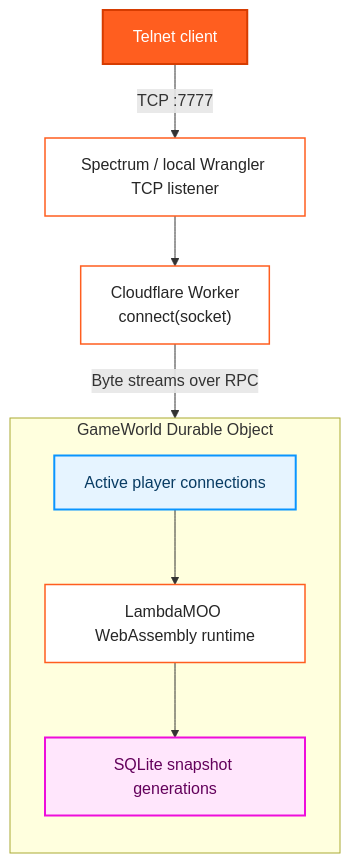
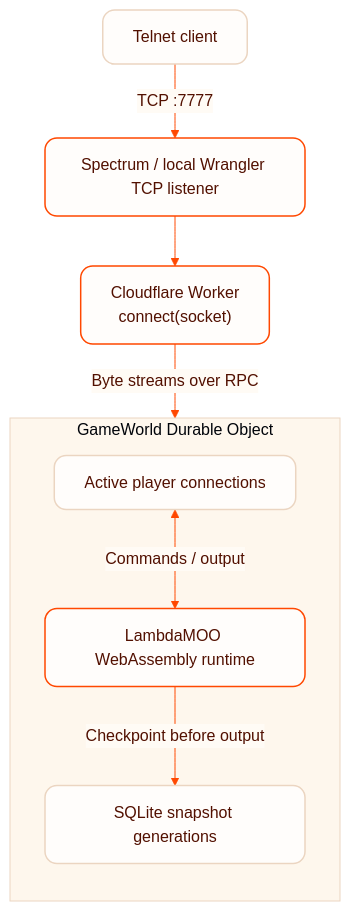
One commit to celso/durable-moo changed the diagram in docs/architecture.mmd. Above: the diagram before and after it, drawn with Mermaid. The commit also changed 3 other files, not shown here.

```diff
--- a/docs/architecture.mmd
+++ b/docs/architecture.mmd
@@ -1,24 +1,26 @@
+%% Semantic companion to architecture.svg, the Cloudflare-styled README diagram.
+%%{init: {"theme": "base", "themeVariables": {"background": "#FFFBF5", "primaryColor": "#FFFDFB", "primaryTextColor": "#521000", "primaryBorderColor": "#EBD5C1", "lineColor": "#FF4801", "secondaryColor": "#FEF7ED", "tertiaryColor": "#FFFBF5", "clusterBkg": "#FEF7ED", "clusterBorder": "#EBD5C1", "edgeLabelBackground": "#FFFBF5", "fontFamily": "-apple-system, BlinkMacSystemFont, Segoe UI, sans-serif", "fontSize": "16px"}}}%%
 flowchart TB
   Client["Telnet client"] -->|"TCP :7777"| Ingress["Spectrum / local Wrangler TCP listener"]
   Ingress --> Worker["Cloudflare Worker<br/>connect(socket)"]
 
   subgraph GameWorld["GameWorld Durable Object"]
     direction TB
     Runtime["LambdaMOO WebAssembly runtime"]
     Connections["Active player connections"]
     Snapshots["SQLite snapshot generations"]
   end
 
   Worker -->|"Byte streams over RPC"| Connections
-  Connections --> Runtime
-  Runtime --> Snapshots
+  Connections <-->|"Commands / output"| Runtime
+  Runtime -->|"Checkpoint before output"| Snapshots
 
-  classDef cfClient fill:#ff5e1f,stroke:#d63c01,color:#ffffff,stroke-width:2px;
-  classDef cfEngine fill:#ffffff,stroke:#ff5e1f,color:#262626,stroke-width:1.5px;
-  classDef cfCompute fill:#e6f4ff,stroke:#0a95ff,color:#083b63,stroke-width:2px;
-  classDef cfStorage fill:#ffe6fc,stroke:#ee0ddb,color:#63005b,stroke-width:2px;
+  classDef cfClient fill:#FFFDFB,stroke:#EBD5C1,color:#521000,stroke-width:1.5px,rx:12,ry:12;
+  classDef cfEngine fill:#FFFDFB,stroke:#FF4801,color:#521000,stroke-width:1.5px,rx:12,ry:12;
+  classDef cfCompute fill:#FFFDFB,stroke:#EBD5C1,color:#521000,stroke-width:1.5px,rx:12,ry:12;
+  classDef cfStorage fill:#FFFDFB,stroke:#EBD5C1,color:#521000,stroke-width:1.5px,rx:12,ry:12;
 
   class Client cfClient;
   class Ingress,Worker,Runtime cfEngine;
   class Connections cfCompute;
   class Snapshots cfStorage;
```
